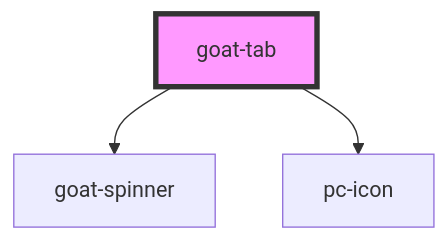
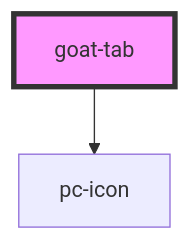
The diagram in src/components/tabs/tab/readme.md (redvars/peacock), drawn with Mermaid before and after one commit. The commit also changed other lines of this file and 127 other files, not shown here.

````diff
--- a/src/components/tabs/tab/readme.md
+++ b/src/components/tabs/tab/readme.md
@@ -62,6 +61,5 @@
 ```mermaid
 graph TD;
-  goat-tab --> goat-spinner
   goat-tab --> pc-icon
   style goat-tab fill:#f9f,stroke:#333,stroke-width:4px
 ```
````
